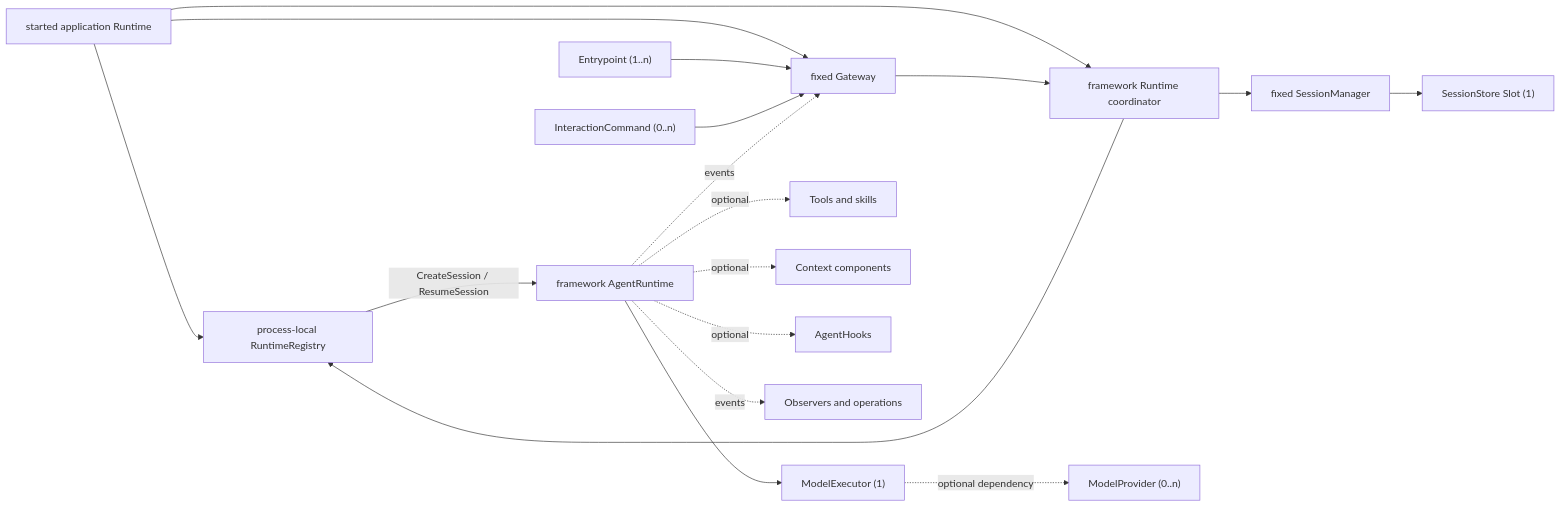
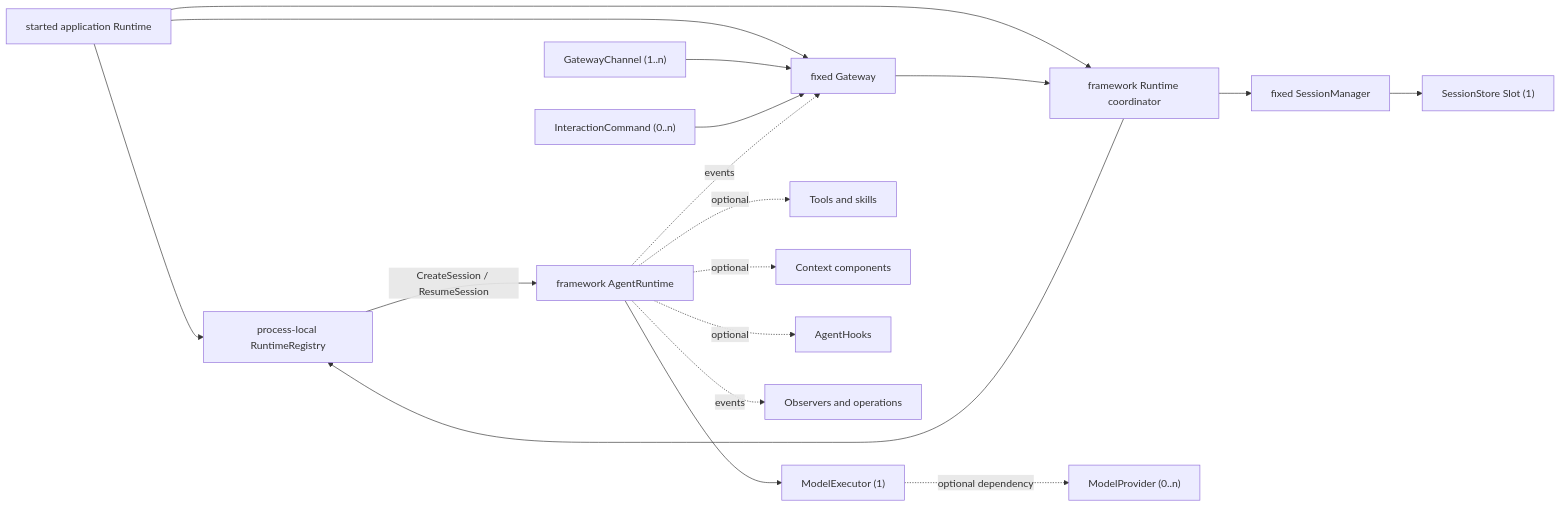
One commit to LyleLiu666/agentSlot changed the diagram in COMPONENT_MAP.md. Above: the diagram before and after it, drawn with Mermaid. The commit also changed other lines of this file and 35 other files, not shown here.

````diff
--- a/COMPONENT_MAP.md
+++ b/COMPONENT_MAP.md
@@ -101,20 +101,20 @@
 ```mermaid
 flowchart LR
     AR["started application Runtime"] --> REG["process-local RuntimeRegistry"]
     AR --> RC["framework Runtime coordinator"]
     AR --> G["fixed Gateway"]
     RC --> REG
-    E["Entrypoint (1..n)"] --> G
+    E["GatewayChannel (1..n)"] --> G
     IC["InteractionCommand (0..n)"] --> G
     G --> RC
     RC --> SM["fixed SessionManager"]
     SM --> SS["SessionStore Slot (1)"]
     REG -->|"CreateSession / ResumeSession"| R["framework AgentRuntime"]
     R --> ME["ModelExecutor (1)"]
     ME -. "optional dependency" .-> MP["ModelProvider (0..n)"]
     R -. "optional" .-> T["Tools and skills"]
     R -. "optional" .-> C["Context components"]
     R -. "optional" .-> H["AgentHooks"]
     R -. "events" .-> G
     R -. "events" .-> O["Observers and operations"]
 ```
````
